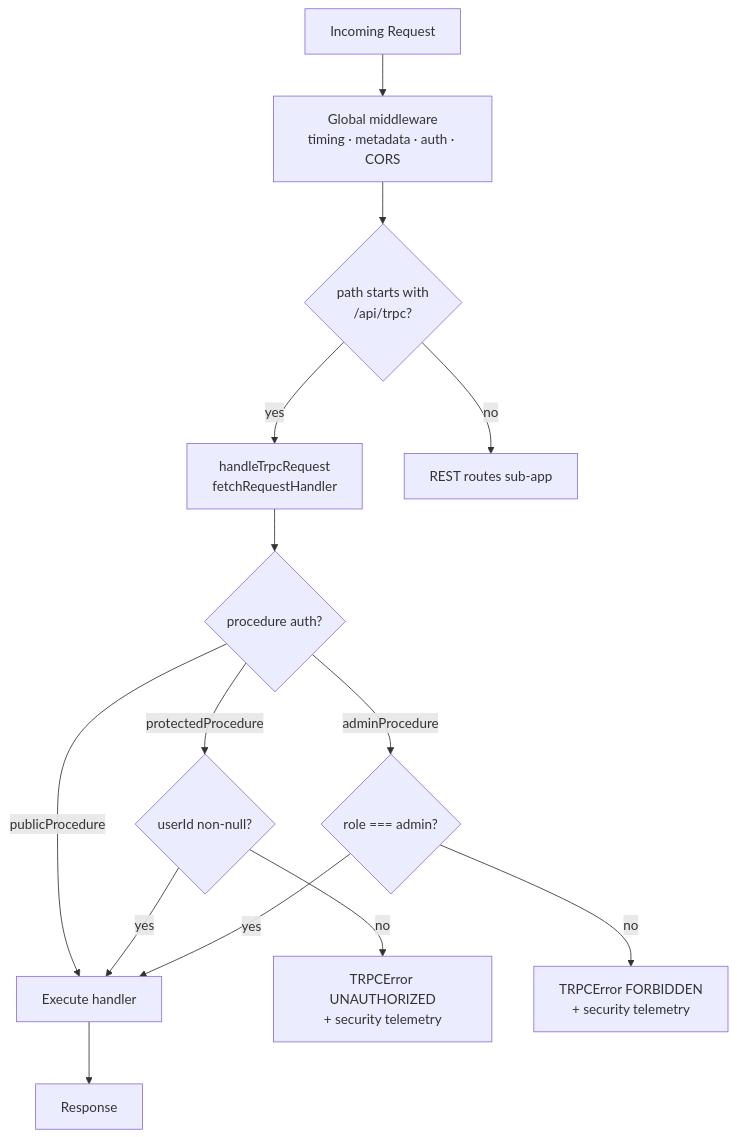
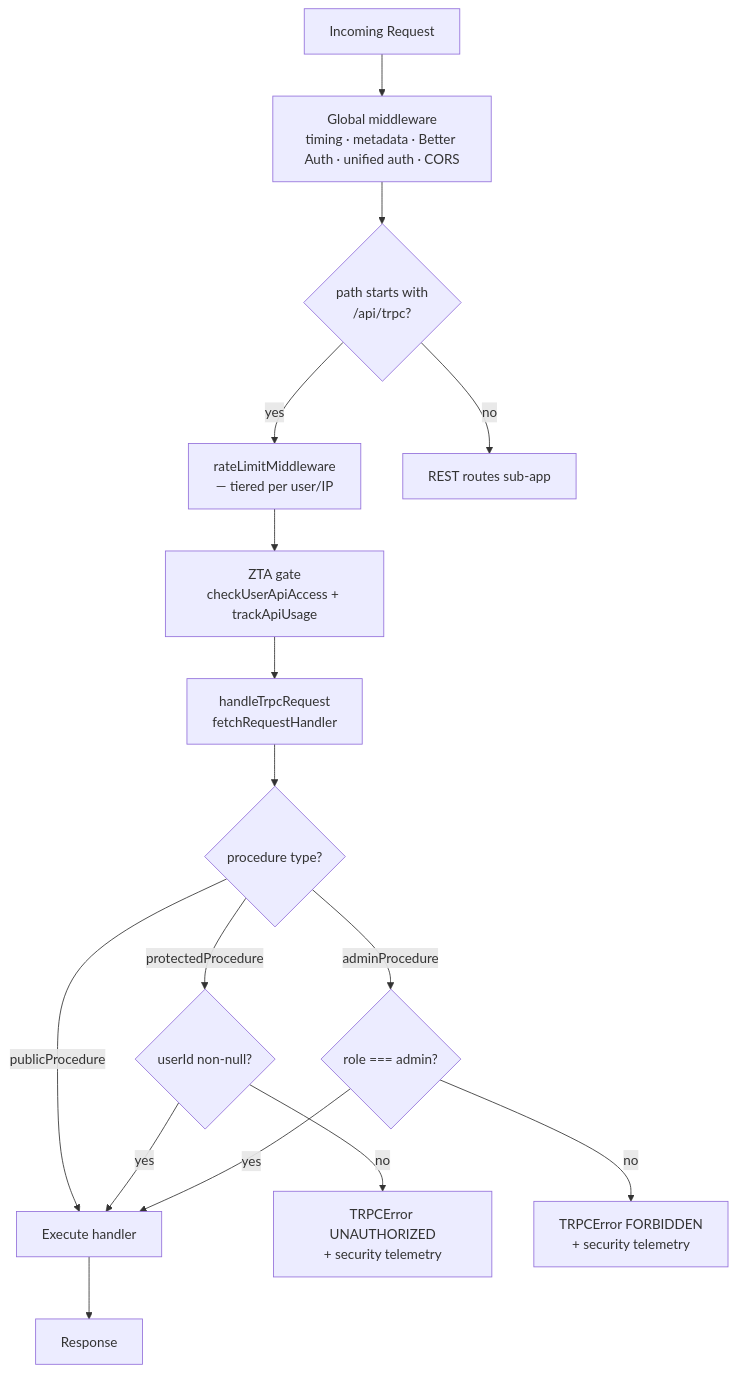
One commit to jaypatrick/adblock-compiler changed the diagram in docs/architecture/trpc.md. Above: the diagram before and after it, drawn with Mermaid. The commit also changed other lines of this file and 1 other file, not shown here.

````diff
--- a/docs/architecture/trpc.md
+++ b/docs/architecture/trpc.md
@@ -58,16 +147,18 @@
 ```mermaid
 flowchart TD
-    R[Incoming Request] --> M1[Global middleware\ntiming · metadata · auth · CORS]
+    R[Incoming Request] --> M1[Global middleware\ntiming · metadata · Better Auth · unified auth · CORS]
     M1 --> TRPC{path starts with\n/api/trpc?}
-    TRPC -->|yes| TH[handleTrpcRequest\nfetchRequestHandler]
-    TH --> PROC{procedure auth?}
+    TRPC -->|yes| RL[rateLimitMiddleware\n— tiered per user/IP]
+    RL --> ZTA_GATE[ZTA gate\ncheckUserApiAccess + trackApiUsage]
+    ZTA_GATE --> TH[handleTrpcRequest\nfetchRequestHandler]
+    TH --> PROC{procedure type?}
     PROC -->|publicProcedure| HANDLER[Execute handler]
     PROC -->|protectedProcedure| AUTH_CHECK{userId non-null?}
     AUTH_CHECK -->|no| UNAUTH[TRPCError UNAUTHORIZED\n+ security telemetry]
     AUTH_CHECK -->|yes| HANDLER
     PROC -->|adminProcedure| ADMIN_CHECK{role === admin?}
     ADMIN_CHECK -->|no| FORB[TRPCError FORBIDDEN\n+ security telemetry]
     ADMIN_CHECK -->|yes| HANDLER
     HANDLER --> RESP[Response]
     TRPC -->|no| REST[REST routes sub-app]
 ```
````
